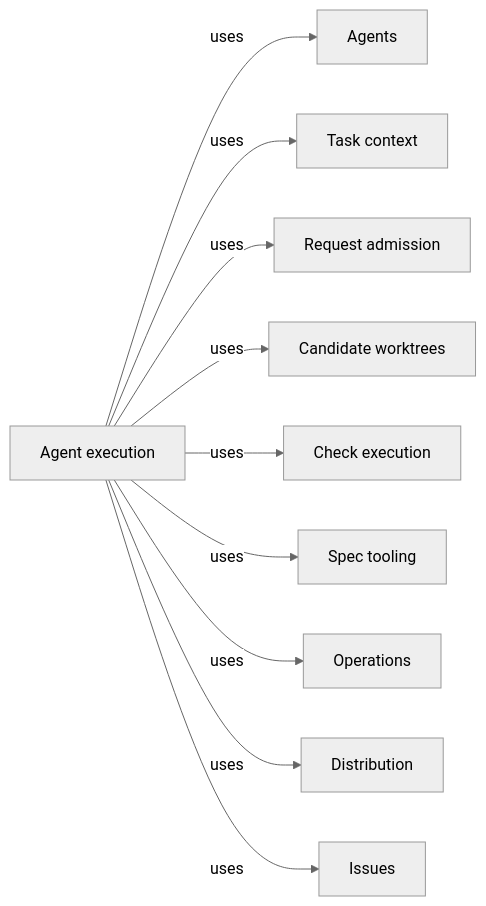
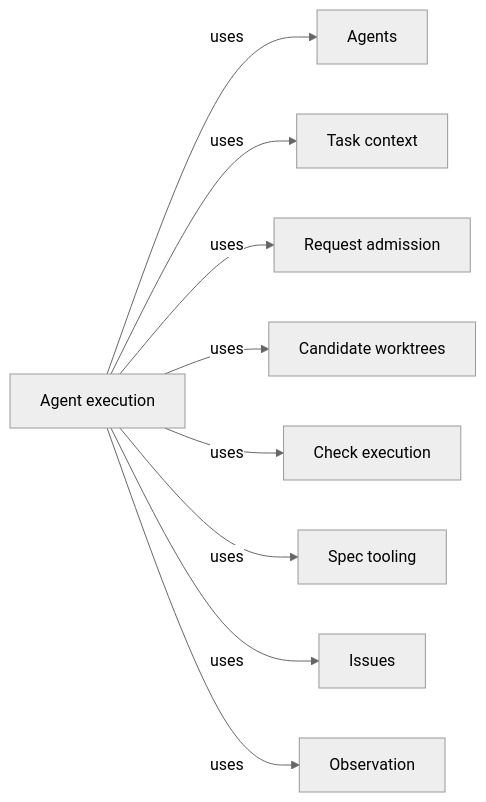
One commit to FTOD/concorde changed the third of 3 diagrams in specs/concorde/harness/execution/module.md. Above: the diagram before and after it, drawn with Mermaid (neutral theme). The commit also changed other lines of this file and 213 other files, not shown here.

First line of the commit message:
Rewrite Concorde's Specs for the layered architecture

````diff
--- a/specs/concorde/harness/execution/module.md
+++ b/specs/concorde/harness/execution/module.md
@@ -311,24 +386,22 @@
 ```mermaid
 flowchart LR
     accTitle: Agent execution and its providers
     accDescr: The Modules whose promises Agent execution relies on.
     me[Agent execution]
     agents[Agents]
     context[Task context]
     admission[Request admission]
     worktrees[Candidate worktrees]
     checks[Check execution]
     spec[Spec tooling]
-    operations[Operations]
-    distribution[Distribution]
     issues[Issues]
+    observation[Observation]
     me -->|uses| agents
     me -->|uses| context
     me -->|uses| admission
     me -->|uses| worktrees
     me -->|uses| checks
     me -->|uses| spec
-    me -->|uses| operations
-    me -->|uses| distribution
     me -->|uses| issues
+    me -->|uses| observation
 ```
````
